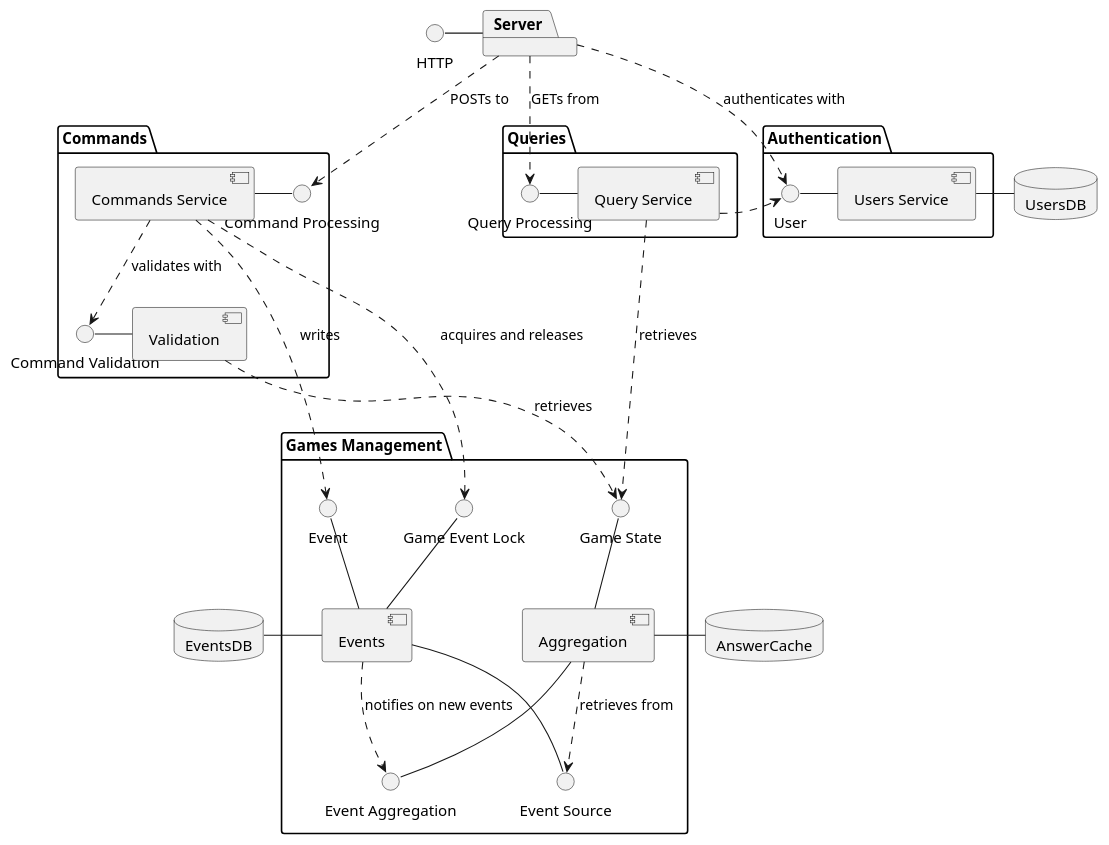
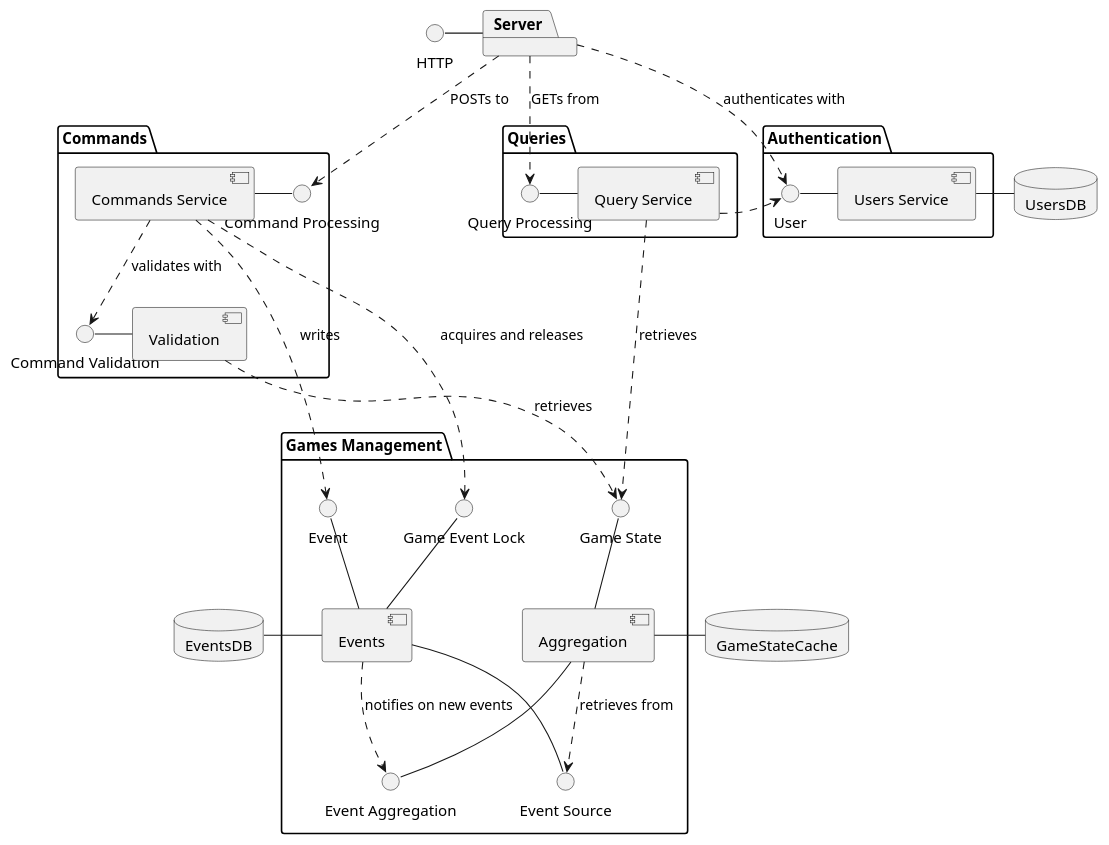
Before and after one commit to gnidan/foodtastechess-docs: the second of 2 diagrams in design/architecture.rst, drawn with PlantUML. The commit also changed other lines of this file, not shown here.

Commit message:
Fixing up architecture a bit

```diff
--- a/design/architecture.rst
+++ b/design/architecture.rst
@@ -87,68 +85,68 @@
 .. uml::
     interface HTTP
 
     package "Server" {
         HTTP - [Server]
     }
     package "Commands" {
         interface "Command Validation" as CommandValidation
         interface "Command Processing" as CommandProcessing
         component [Commands Service] as CommandService
 
         CommandProcessing -left- CommandService
         CommandService ..> CommandValidation : validates with
         CommandValidation - [Validation]
     }
     [Server] ..> CommandProcessing : POSTs to
 
     package "Queries" {
         interface "Query Processing" as QueryProcessing
         component [Query Service] as QueryService
         QueryProcessing - QueryService
     }
     [Server] ..> QueryProcessing : GETs from
 
     package "Authentication" {
         interface User
         component "Users Service" as UserService
         User - UserService
     }
     [Server] ..> User : authenticates with
 
     database UsersDB
     UserService - UsersDB
 
     QueryService .right.> User
 
     package "Games Management" {
         interface "Event Aggregation" as EventAggregation
         interface "Event Source" as EventSource
         interface "Event" as Event
         interface "Game State" as GameState
         interface "Game Event Lock" as GameLock
 
         Event -down- [Events]
         GameLock -down- [Events]
         EventSource -up- [Events]
 
         GameState -down- [Aggregation]
         EventAggregation -up- [Aggregation]
 
         [Events]
         [Aggregation]
         [Events] ..> EventAggregation : notifies on new events
         [Aggregation] ..> EventSource : retrieves from
     }
 
     CommandService ..> Event : writes
     CommandService ..> GameLock : acquires and releases
 
 
     [Validation] ..> GameState : retrieves
     QueryService ..> GameState : retrieves
 
     database EventsDB
     [Events] -left- EventsDB
 
-    database AnswerCache
-    [Aggregation] -right- AnswerCache
+    database GameStateCache
+    [Aggregation] -right- GameStateCache
```
